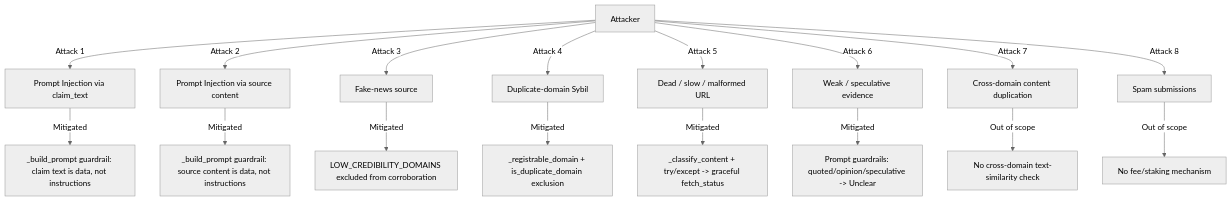
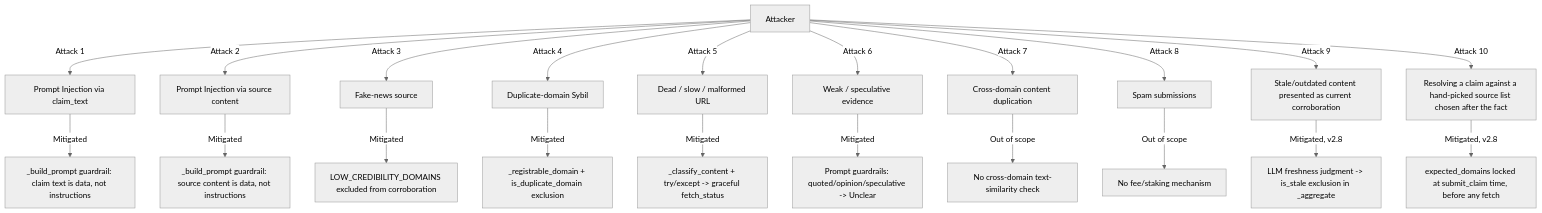
Before and after one commit to 123Cryp/genlayer-truthbeacon: the diagram in SECURITY.md, drawn with Mermaid (neutral theme). The commit also changed other lines of this file and 5 other files, not shown here.

````diff
--- a/SECURITY.md
+++ b/SECURITY.md
@@ -9,20 +9,24 @@
 ```mermaid
 flowchart TD
     A[Attacker] -->|Attack 1| B[Prompt Injection via claim_text]
     A -->|Attack 2| C[Prompt Injection via source content]
     A -->|Attack 3| D[Fake-news source]
     A -->|Attack 4| E[Duplicate-domain Sybil]
     A -->|Attack 5| F[Dead / slow / malformed URL]
     A -->|Attack 6| G[Weak / speculative evidence]
     A -->|Attack 7| H[Cross-domain content duplication]
     A -->|Attack 8| I[Spam submissions]
+    A -->|Attack 9| J[Stale/outdated content presented as current corroboration]
+    A -->|Attack 10| K[Resolving a claim against a hand-picked source list chosen after the fact]
 
     B -->|Mitigated| M1[_build_prompt guardrail: claim text is data, not instructions]
     C -->|Mitigated| M2[_build_prompt guardrail: source content is data, not instructions]
     D -->|Mitigated| M3[LOW_CREDIBILITY_DOMAINS excluded from corroboration]
     E -->|Mitigated| M4[_registrable_domain + is_duplicate_domain exclusion]
     F -->|Mitigated| M5[_classify_content + try/except -> graceful fetch_status]
     G -->|Mitigated| M6[Prompt guardrails: quoted/opinion/speculative -> Unclear]
     H -->|Out of scope| M7[No cross-domain text-similarity check]
     I -->|Out of scope| M8[No fee/staking mechanism]
+    J -->|Mitigated, v2.8| M9[LLM freshness judgment -> is_stale exclusion in _aggregate]
+    K -->|Mitigated, v2.8| M10[expected_domains locked at submit_claim time, before any fetch]
 ```
````
